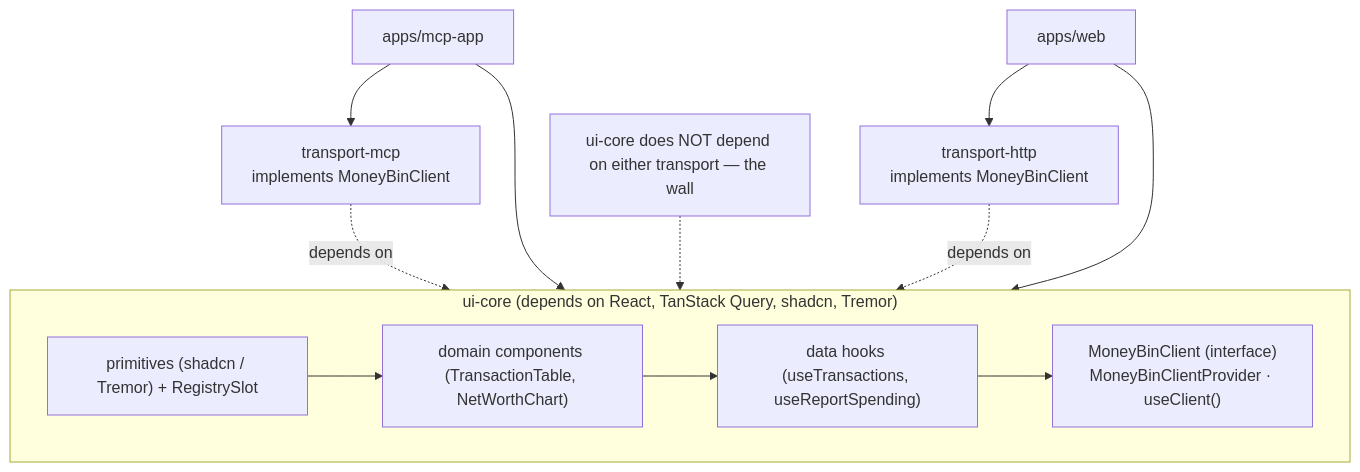
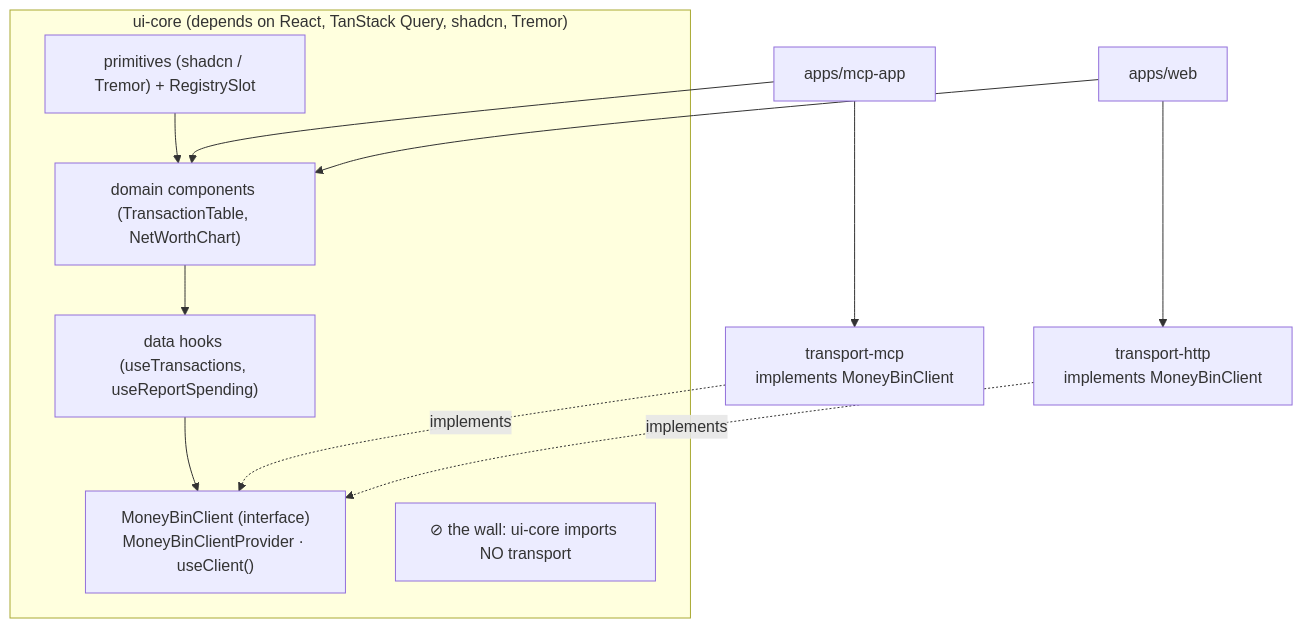
Before and after one commit to bsaffel/moneybin: the first of 3 diagrams in docs/specs/ui-architecture.md, drawn with Mermaid. The commit also changed 3 other files, not shown here.

````diff
--- a/docs/specs/ui-architecture.md
+++ b/docs/specs/ui-architecture.md
@@ -82,25 +82,23 @@
 ```mermaid
 flowchart TB
     subgraph core["ui-core (depends on React, TanStack Query, shadcn, Tremor)"]
         iface["MoneyBinClient (interface)<br/>MoneyBinClientProvider · useClient()"]
         hooks["data hooks (useTransactions, useReportSpending)"]
         comps["domain components (TransactionTable, NetWorthChart)"]
         prims["primitives (shadcn / Tremor) + RegistrySlot"]
+        wall["⊘ the wall: ui-core imports NO transport"]
         prims --> comps --> hooks --> iface
     end
 
     tmcp["transport-mcp<br/>implements MoneyBinClient"]
     thttp["transport-http<br/>implements MoneyBinClient"]
     appmcp["apps/mcp-app"]
     appweb["apps/web"]
 
-    tmcp -. depends on .-> core
-    thttp -. depends on .-> core
-    appmcp --> core
+    tmcp -. implements .-> iface
+    thttp -. implements .-> iface
+    appmcp --> comps
     appmcp --> tmcp
-    appweb --> core
+    appweb --> comps
     appweb --> thttp
-
-    note["ui-core does NOT depend on either transport — the wall"]
-    note -.-> core
 ```
````
